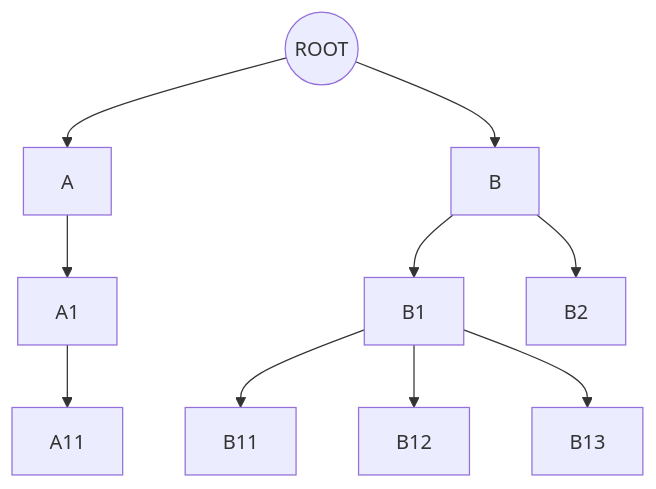
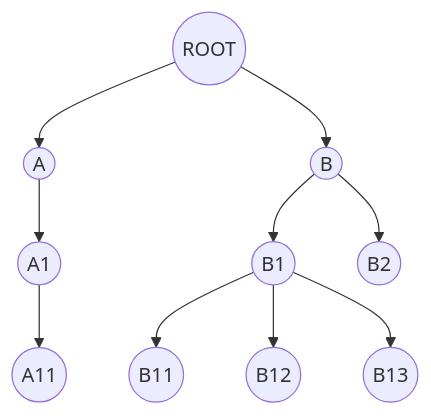
Before and after one commit to AlexeyPopovUA/me: the first of 4 diagrams in front-end/content/articles/react-application-performance-profiling-and-improvement/article.mdx, drawn with Mermaid. The commit also changed other lines of this file, not shown here.

````diff
--- a/front-end/content/articles/react-application-performance-profiling-and-improvement/article.mdx
+++ b/front-end/content/articles/react-application-performance-profiling-and-improvement/article.mdx
@@ -35,10 +69,11 @@
 ```mermaid
-flowchart TB;
-
-id1((ROOT)) --> A;
-A --> A1 --> A11
-id1((ROOT)) --> B --> B1 --> B11;
-B --> B2;
-B1 --> B12;
-B1 --> B13;
+flowchart TB
+    idRoot((ROOT)) --> id((A));
+    id((A)) --> id1((A1)) --> id11((A11))
+    idRoot((ROOT)) --> idB((B))
+    idB((B)) --> idB1((B1))
+    idB((B)) --> idB2((B2));
+    idB1((B1)) --> idB11((B11));
+    idB1((B1)) --> idB12((B12));
+    idB1((B1)) --> idB13((B13));
 ```
````
